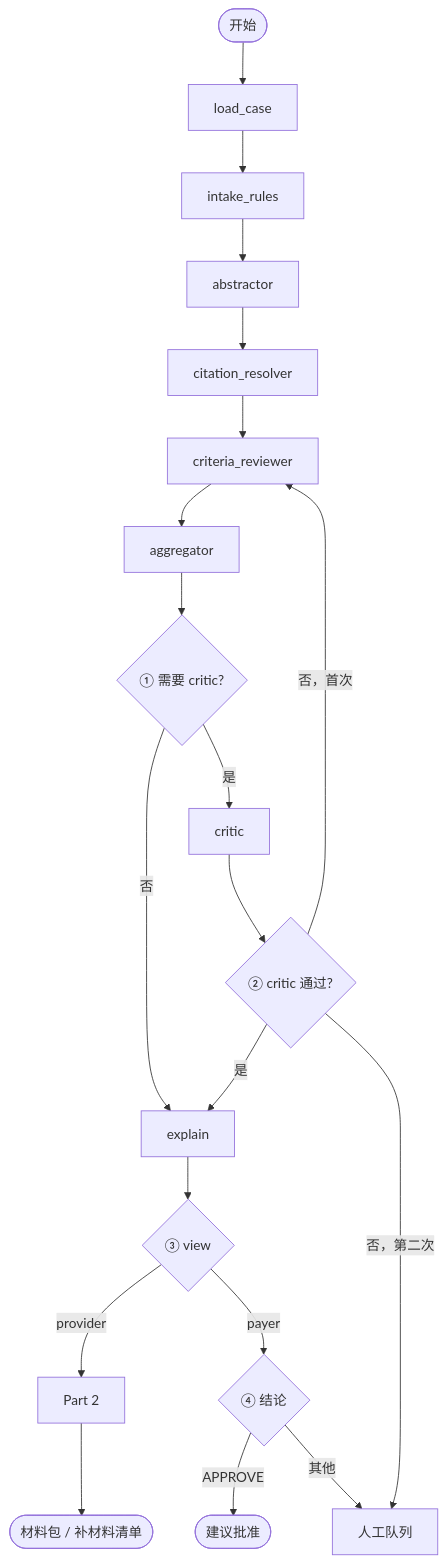
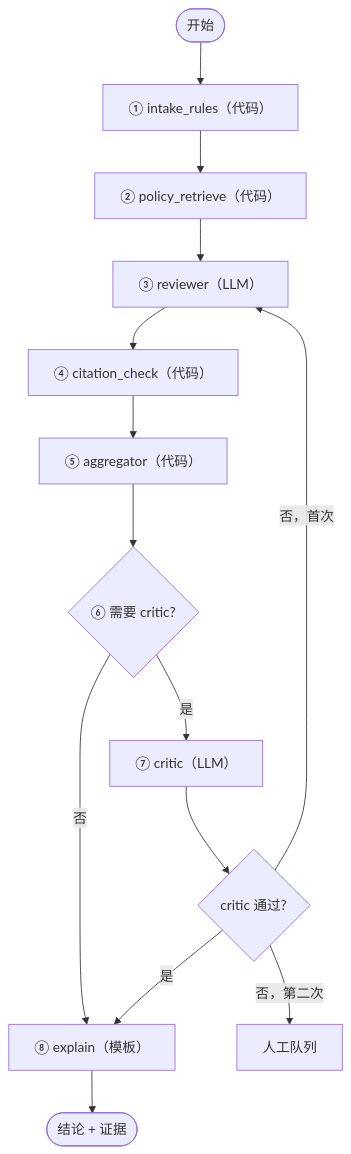
The fourth of 9 diagrams in plan/snf_pa_consensus_work_plan_1025.md (cherry-nancy/claims_agentic_system), drawn with Mermaid before and after one commit. The commit also changed other lines of this file, not shown here.

````diff
--- a/plan/snf_pa_consensus_work_plan_1025.md
+++ b/plan/snf_pa_consensus_work_plan_1025.md
@@ -376,22 +291,16 @@
 ```mermaid
 flowchart TD
-  S(["开始"]) --> LC["load_case"]
-  LC --> IR["intake_rules"]
-  IR --> AB["abstractor"]
-  AB --> CR["citation_resolver"]
-  CR --> RV["criteria_reviewer"]
-  RV --> AG["aggregator"]
-  AG --> Q1{"① 需要 critic?"}
-  Q1 -- 否 --> EX["explain"]
-  Q1 -- 是 --> CT["critic"]
-  CT --> Q2{"② critic 通过?"}
+  S(["开始"]) --> IR["① intake_rules（代码）"]
+  IR --> PR["② policy_retrieve（代码）"]
+  PR --> RV["③ reviewer（LLM）"]
+  RV --> CK["④ citation_check（代码）"]
+  CK --> AG["⑤ aggregator（代码）"]
+  AG --> Q1{"⑥ 需要 critic?"}
+  Q1 -- 否 --> EX["⑧ explain（模板）"]
+  Q1 -- 是 --> CT["⑦ critic（LLM）"]
+  CT --> Q2{"critic 通过?"}
   Q2 -- 是 --> EX
   Q2 -- "否，首次" --> RV
   Q2 -- "否，第二次" --> HQ["人工队列"]
-  EX --> Q3{"③ view"}
-  Q3 -- provider --> P2["Part 2"]
-  Q3 -- payer --> Q4{"④ 结论"}
-  Q4 -- APPROVE --> DONE(["建议批准"])
-  Q4 -- 其他 --> HQ
-  P2 --> DONE2(["材料包 / 补材料清单"])
+  EX --> OUT(["结论 + 证据"])
 ```
````
